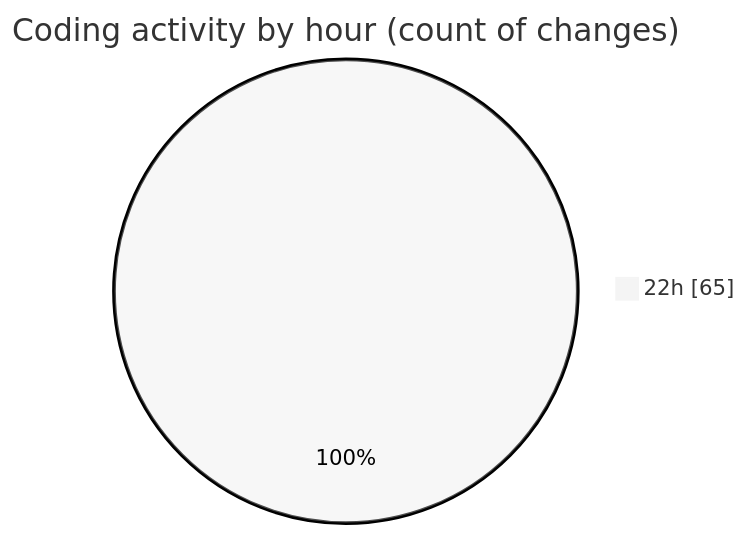
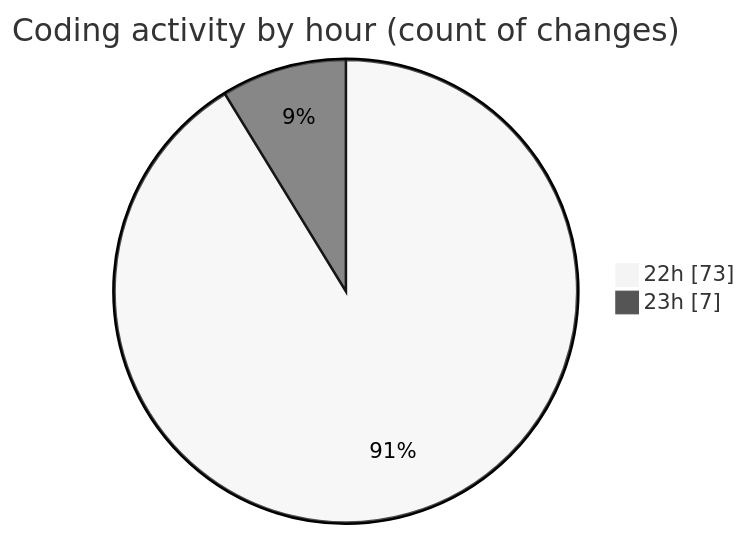
The second of 2 diagrams in 2025-10-07/url-shortener/README.md (Ritupan-Deka/code-tracking), drawn with Mermaid (neutral theme) before and after one commit. The commit also changed other lines of this file and 1 other file, not shown here.

````diff
--- a/2025-10-07/url-shortener/README.md
+++ b/2025-10-07/url-shortener/README.md
@@ -32,5 +32,6 @@
 ```mermaid
 pie showData
 title Coding activity by hour (count of changes)
-"22h" : 65
+"22h" : 73
+"23h" : 7
 ```
````
